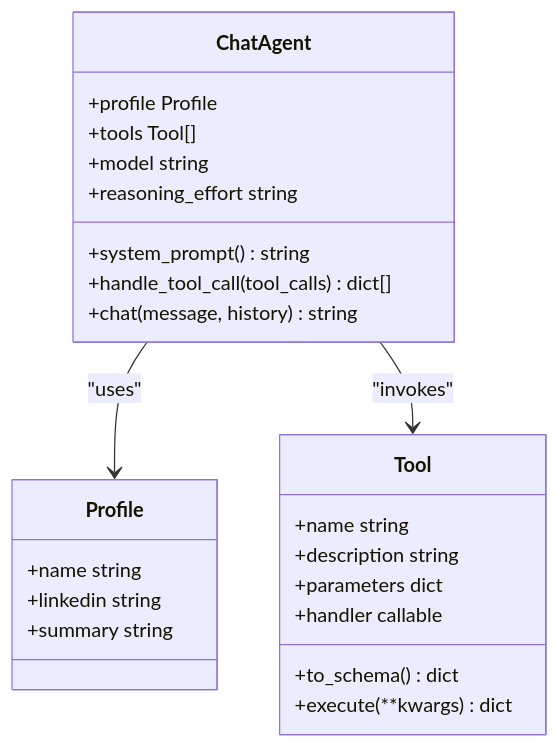
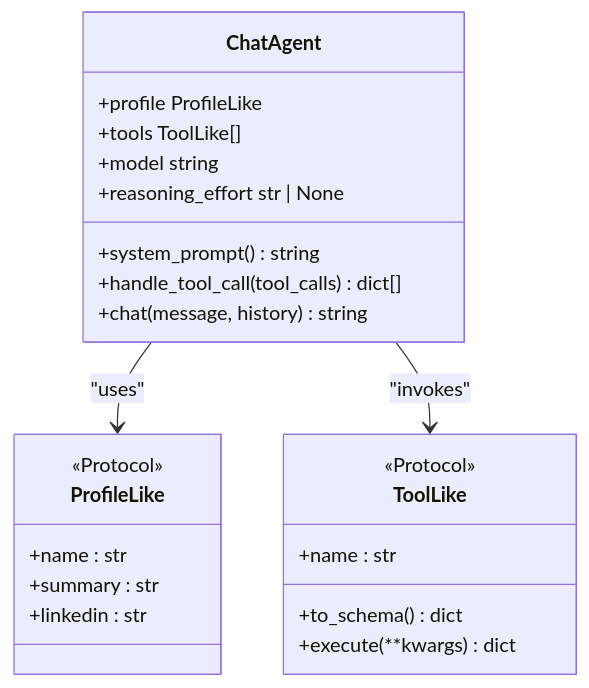
The third of 4 diagrams in .qoder/repowiki/en/content/Development Guide/Development Guide.md (jessedatawiz/professional-alter-ego), drawn with Mermaid before and after one commit. The commit also changed other lines of this file and 3 other files, not shown here.

````diff
--- a/.qoder/repowiki/en/content/Development Guide/Development Guide.md
+++ b/.qoder/repowiki/en/content/Development Guide/Development Guide.md
@@ -158,27 +202,26 @@
 ```mermaid
 classDiagram
 class ChatAgent {
-+profile Profile
-+tools Tool[]
++profile ProfileLike
++tools ToolLike[]
 +model string
-+reasoning_effort string
++reasoning_effort str | None
 +system_prompt() string
 +handle_tool_call(tool_calls) dict[]
 +chat(message, history) string
 }
-class Profile {
-+name string
-+linkedin string
-+summary string
+class ProfileLike {
+<<Protocol>>
++name : str
++summary : str
++linkedin : str
 }
-class Tool {
-+name string
-+description string
-+parameters dict
-+handler callable
+class ToolLike {
+<<Protocol>>
++name : str
 +to_schema() dict
 +execute(**kwargs) dict
 }
-ChatAgent --> Profile : "uses"
-ChatAgent --> Tool : "invokes"
+ChatAgent --> ProfileLike : "uses"
+ChatAgent --> ToolLike : "invokes"
 ```
````
